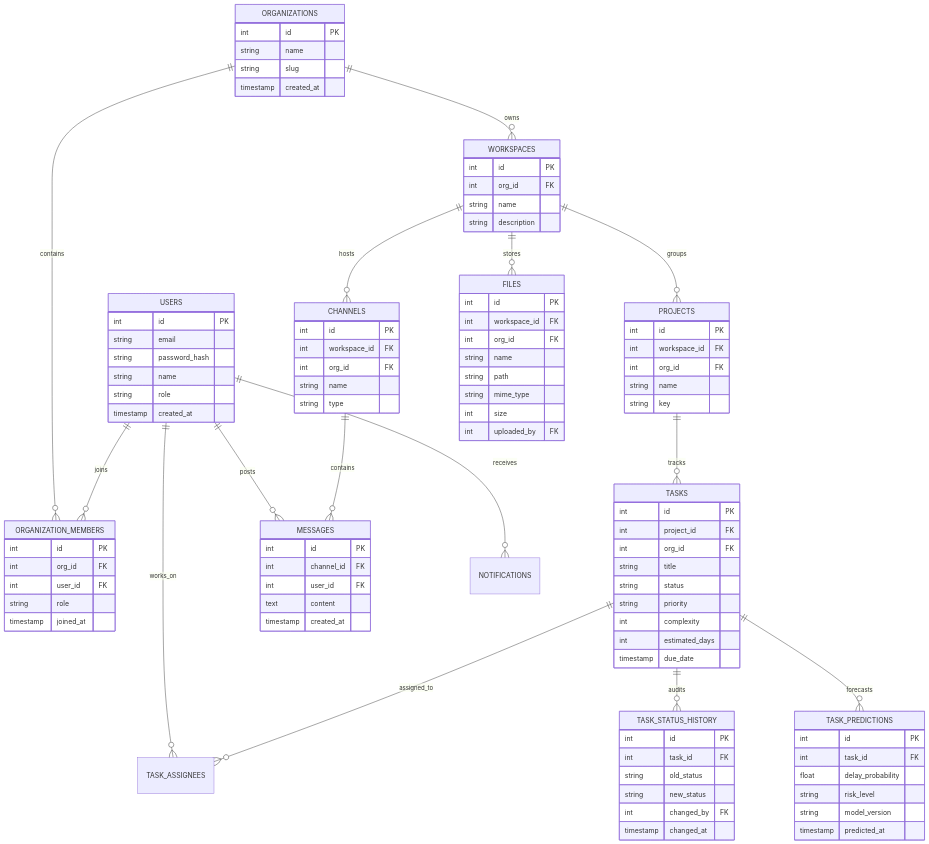
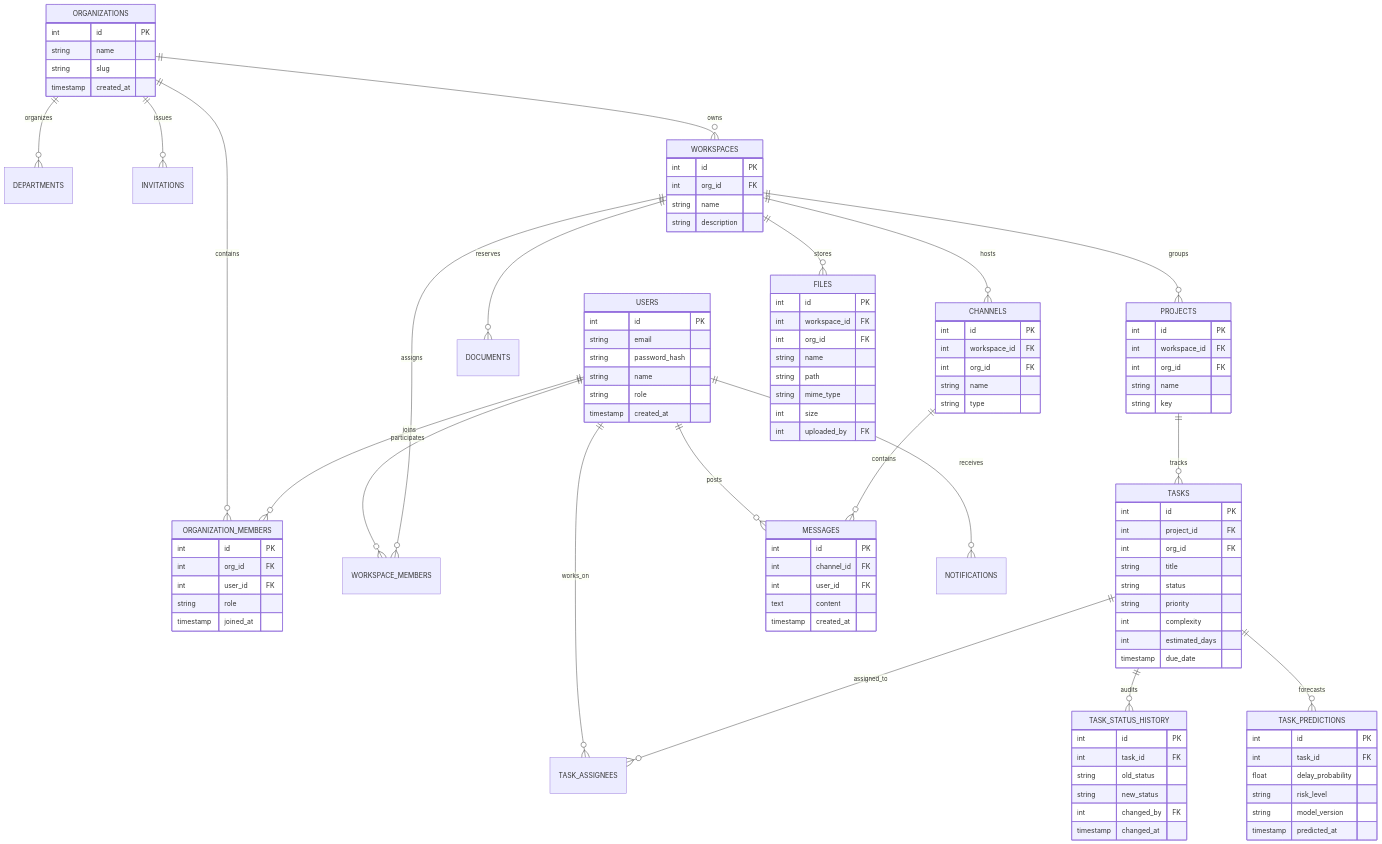
Before and after one commit to Shivashankargouda4/ai-workspace-app: the second of 7 diagrams in docs/system_architecture_and_uml.md, drawn with Mermaid. The commit also changed other lines of this file and 7 other files, not shown here.

```diff
--- a/docs/system_architecture_and_uml.md
+++ b/docs/system_architecture_and_uml.md
@@ -59,8 +59,13 @@
 erDiagram
     USERS ||--o{ ORGANIZATION_MEMBERS : "joins"
     ORGANIZATIONS ||--o{ ORGANIZATION_MEMBERS : "contains"
+    ORGANIZATIONS ||--o{ DEPARTMENTS : "organizes"
+    ORGANIZATIONS ||--o{ INVITATIONS : "issues"
     ORGANIZATIONS ||--o{ WORKSPACES : "owns"
+    WORKSPACES ||--o{ WORKSPACE_MEMBERS : "assigns"
+    USERS ||--o{ WORKSPACE_MEMBERS : "participates"
     WORKSPACES ||--o{ PROJECTS : "groups"
+    WORKSPACES ||--o{ DOCUMENTS : "reserves"
     PROJECTS ||--o{ TASKS : "tracks"
     TASKS ||--o{ TASK_ASSIGNEES : "assigned_to"
     USERS ||--o{ TASK_ASSIGNEES : "works_on"
```
